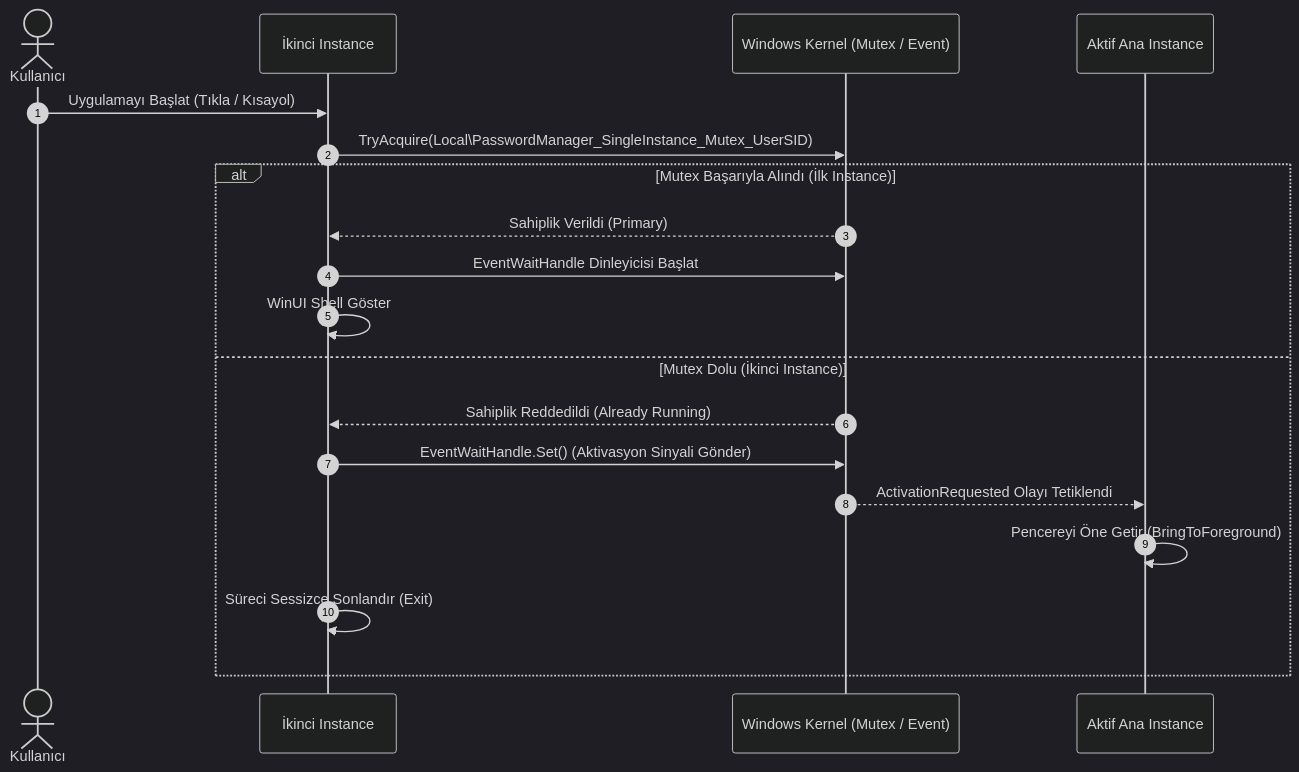
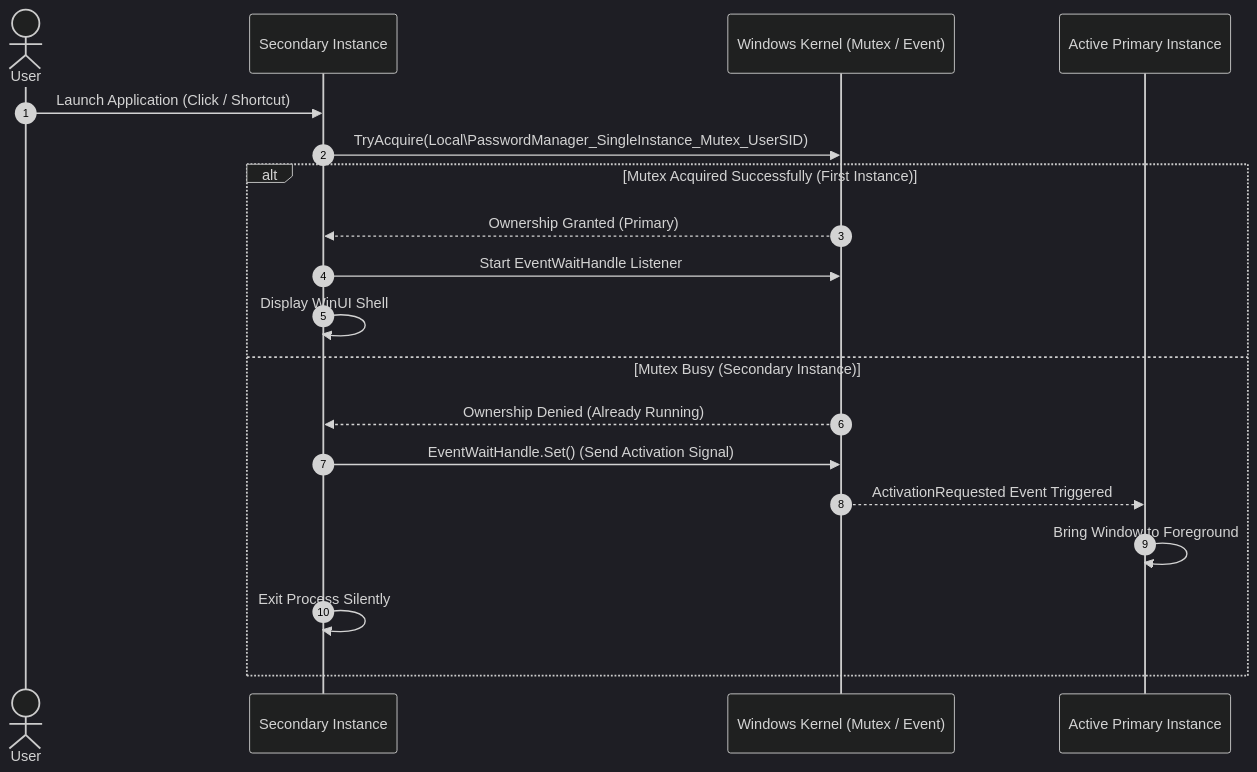
The diagram in docs/STORAGE_AND_SINGLE_INSTANCE.md (bygones34/password-manager), drawn with Mermaid (dark theme) before and after one commit. The commit also changed other lines of this file and 11 other files, not shown here.

````diff
--- a/docs/STORAGE_AND_SINGLE_INSTANCE.md
+++ b/docs/STORAGE_AND_SINGLE_INSTANCE.md
@@ -54,22 +54,22 @@
 ```mermaid
 sequenceDiagram
     autonumber
-    actor User as Kullanıcı
-    participant NewApp as İkinci Instance
+    actor User as User
+    participant NewApp as Secondary Instance
     participant OS as Windows Kernel (Mutex / Event)
-    participant PrimaryApp as Aktif Ana Instance
+    participant PrimaryApp as Active Primary Instance
 
-    User->>NewApp: Uygulamayı Başlat (Tıkla / Kısayol)
+    User->>NewApp: Launch Application (Click / Shortcut)
     NewApp->>OS: TryAcquire(Local\PasswordManager_SingleInstance_Mutex_UserSID)
-    alt Mutex Başarıyla Alındı (İlk Instance)
-        OS-->>NewApp: Sahiplik Verildi (Primary)
-        NewApp->>OS: EventWaitHandle Dinleyicisi Başlat
-        NewApp->>NewApp: WinUI Shell Göster
-    else Mutex Dolu (İkinci Instance)
-        OS-->>NewApp: Sahiplik Reddedildi (Already Running)
-        NewApp->>OS: EventWaitHandle.Set() (Aktivasyon Sinyali Gönder)
-        OS-->>PrimaryApp: ActivationRequested Olayı Tetiklendi
-        PrimaryApp->>PrimaryApp: Pencereyi Öne Getir (BringToForeground)
-        NewApp->>NewApp: Süreci Sessizce Sonlandır (Exit)
+    alt Mutex Acquired Successfully (First Instance)
+        OS-->>NewApp: Ownership Granted (Primary)
+        NewApp->>OS: Start EventWaitHandle Listener
+        NewApp->>NewApp: Display WinUI Shell
+    else Mutex Busy (Secondary Instance)
+        OS-->>NewApp: Ownership Denied (Already Running)
+        NewApp->>OS: EventWaitHandle.Set() (Send Activation Signal)
+        OS-->>PrimaryApp: ActivationRequested Event Triggered
+        PrimaryApp->>PrimaryApp: Bring Window to Foreground
+        NewApp->>NewApp: Exit Process Silently
     end
 ```
````
